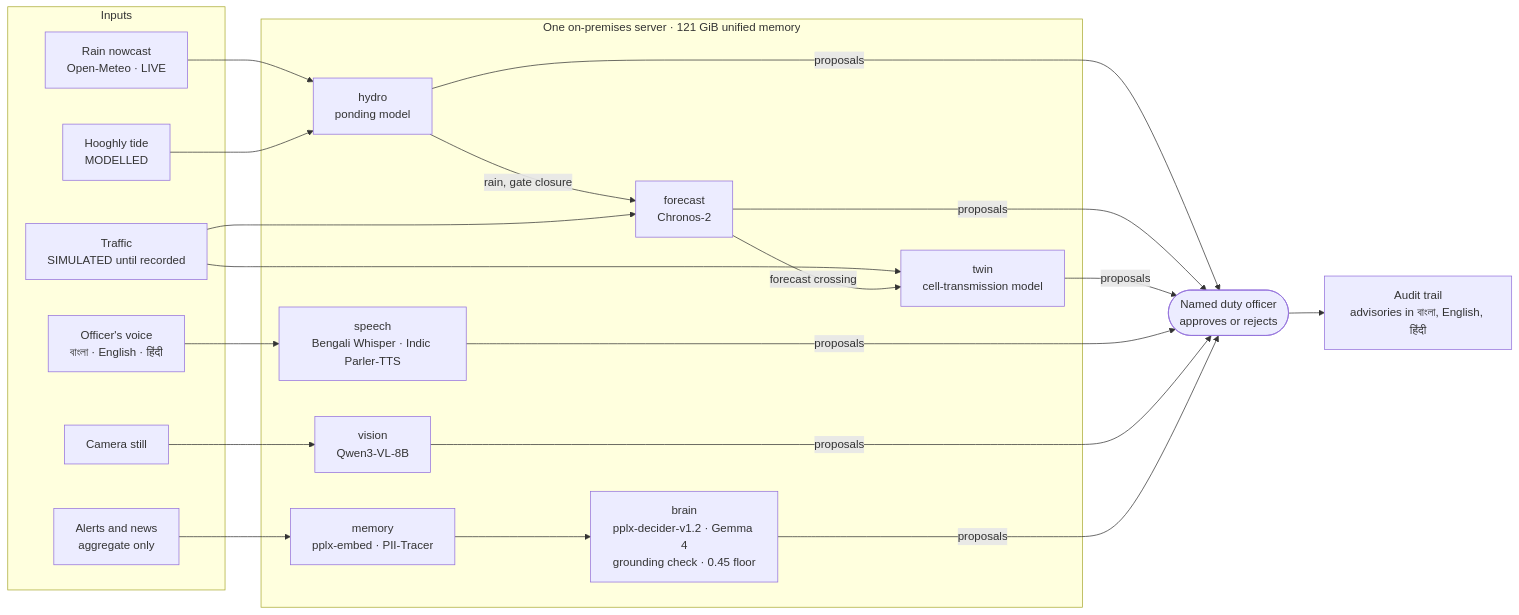
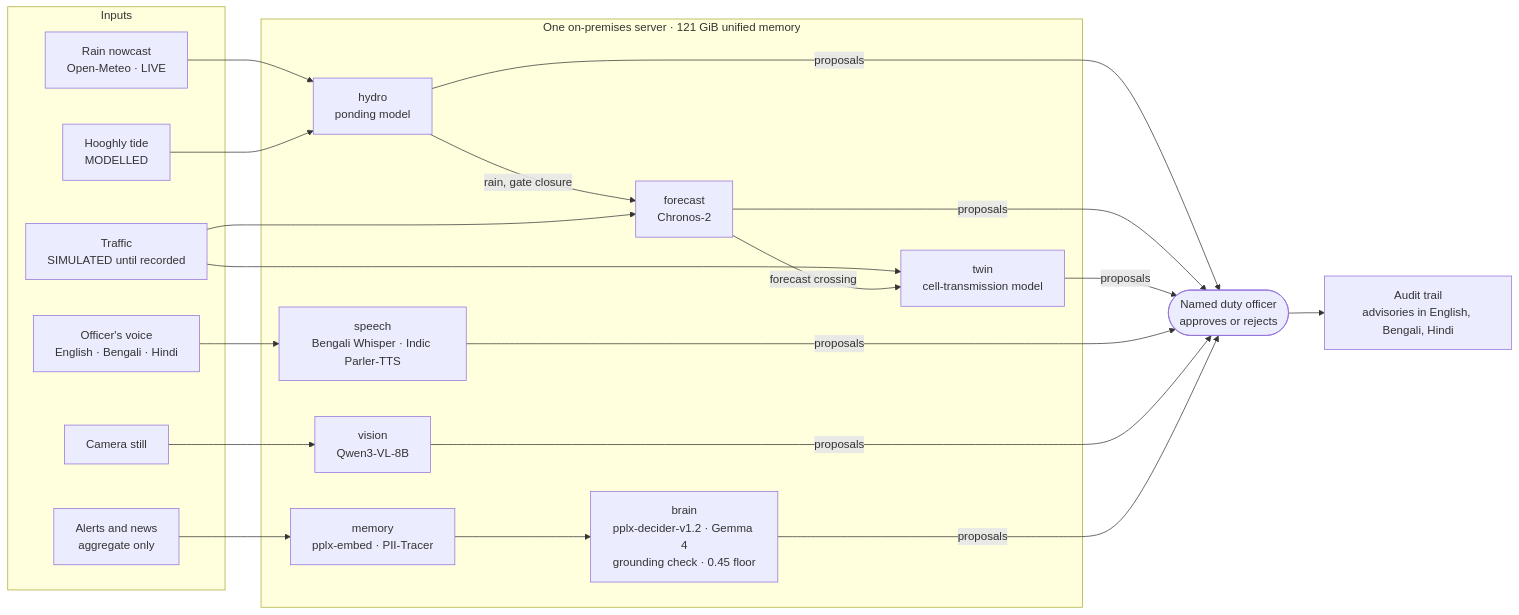
The diagram in README.md (shubro18202758/sahoshi), drawn with Mermaid before and after one commit. The commit also changed other lines of this file and 235 other files, not shown here.

````diff
--- a/README.md
+++ b/README.md
@@ -170,34 +251,34 @@
 ```mermaid
 flowchart LR
     subgraph IN["Inputs"]
         rain["Rain nowcast<br/>Open-Meteo · LIVE"]
         tide["Hooghly tide<br/>MODELLED"]
         traffic["Traffic<br/>SIMULATED until recorded"]
-        voice["Officer's voice<br/>বাংলা · English · हिंदी"]
+        voice["Officer's voice<br/>English · Bengali · Hindi"]
         still["Camera still"]
         news["Alerts and news<br/>aggregate only"]
     end
     subgraph BOX["One on-premises server · 121 GiB unified memory"]
         hy["hydro<br/>ponding model"]
         fc["forecast<br/>Chronos-2"]
         tw["twin<br/>cell-transmission model"]
         sp["speech<br/>Bengali Whisper · Indic Parler-TTS"]
         vi["vision<br/>Qwen3-VL-8B"]
         brn["brain<br/>pplx-decider-v1.2 · Gemma 4<br/>grounding check · 0.45 floor"]
         mem["memory<br/>pplx-embed · PII-Tracer"]
     end
     officer(["Named duty officer<br/>approves or rejects"])
-    out["Audit trail<br/>advisories in বাংলা, English, हिंदी"]
+    out["Audit trail<br/>advisories in English, Bengali, Hindi"]
     rain --> hy
     tide --> hy
     hy -->|"rain, gate closure"| fc
     traffic --> fc
     traffic --> tw
     fc -->|"forecast crossing"| tw
     voice --> sp
     still --> vi
     news --> mem
     mem --> brn
     hy & fc & tw & sp & vi & brn -->|"proposals"| officer
     officer --> out
 ```
````
